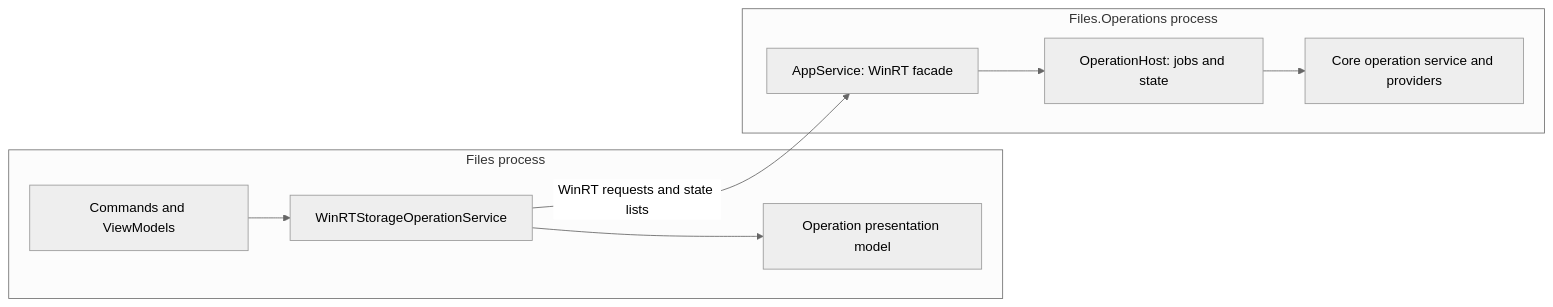
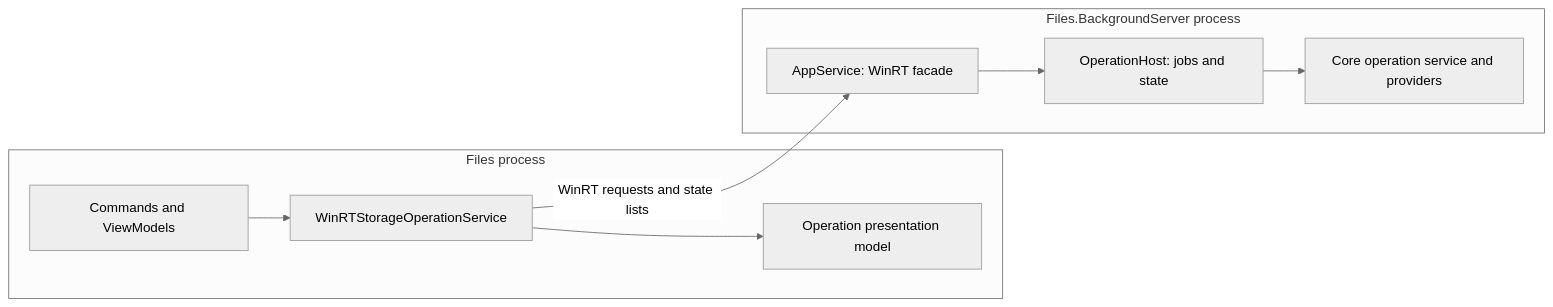
Before and after one commit to 0x5bfa/ReFiles: the diagram in docs/architecture/operation-server-proposal.md, drawn with Mermaid (neutral theme). The commit also changed other lines of this file and 41 other files, not shown here.

Commit message:
Rename operation host to BackgroundServer

````diff
--- a/docs/architecture/operation-server-proposal.md
+++ b/docs/architecture/operation-server-proposal.md
@@ -52,18 +52,18 @@
 ```mermaid
 flowchart LR
     subgraph Application[Files process]
         Commands[Commands and ViewModels]
         Model[Operation presentation model]
         Client[WinRTStorageOperationService]
         Commands --> Client
         Client --> Model
     end
-    subgraph Server[Files.Operations process]
+    subgraph Server[Files.BackgroundServer process]
         Facade[AppService: WinRT facade]
         Host[OperationHost: jobs and state]
         Executor[Core operation service and providers]
         Facade --> Host
         Host --> Executor
     end
     Client -->|WinRT requests and state lists| Facade
 ```
````
